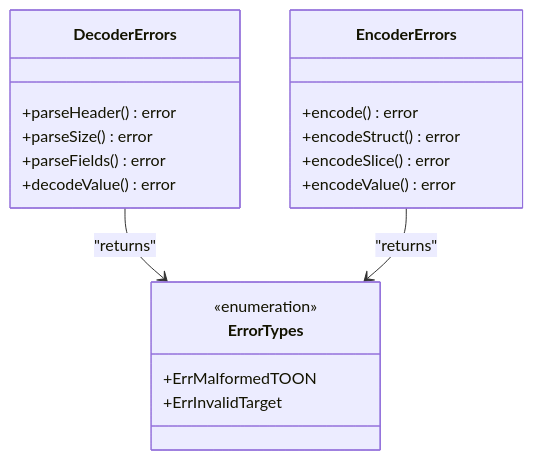
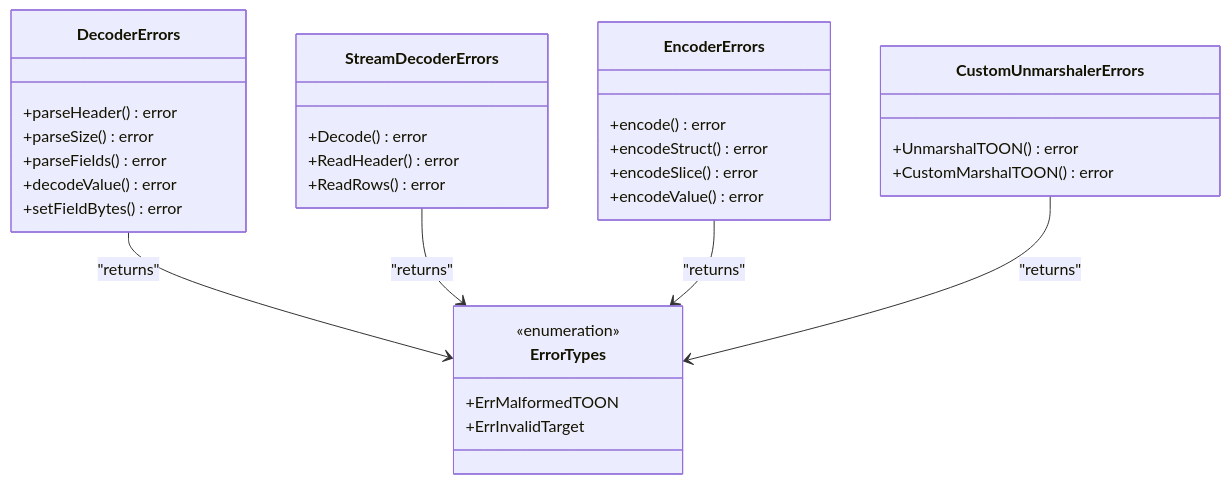
One commit to OTumanov/go-toon changed diagram 16 of 17 in .qoder/repowiki/en/content/Decoder Engine.md. Above: the diagram before and after it, drawn with Mermaid. The commit also changed other lines of this file and 11 other files, not shown here.

First line of the commit message:
feat: add Pre-flight Schema + Token Calculator to toongen

````diff
--- a/.qoder/repowiki/en/content/Decoder Engine.md
+++ b/.qoder/repowiki/en/content/Decoder Engine.md
@@ -428,22 +662,34 @@
 ```mermaid
 classDiagram
 class ErrorTypes {
 <<enumeration>>
 +ErrMalformedTOON
 +ErrInvalidTarget
 }
 class DecoderErrors {
 +parseHeader() error
 +parseSize() error
 +parseFields() error
 +decodeValue() error
++setFieldBytes() error
+}
+class StreamDecoderErrors {
++Decode() error
++ReadHeader() error
++ReadRows() error
 }
 class EncoderErrors {
 +encode() error
 +encodeStruct() error
 +encodeSlice() error
 +encodeValue() error
 }
+class CustomUnmarshalerErrors {
++UnmarshalTOON() error
++CustomMarshalTOON() error
+}
 DecoderErrors --> ErrorTypes : "returns"
+StreamDecoderErrors --> ErrorTypes : "returns"
 EncoderErrors --> ErrorTypes : "returns"
+CustomUnmarshalerErrors --> ErrorTypes : "returns"
 ```
````
